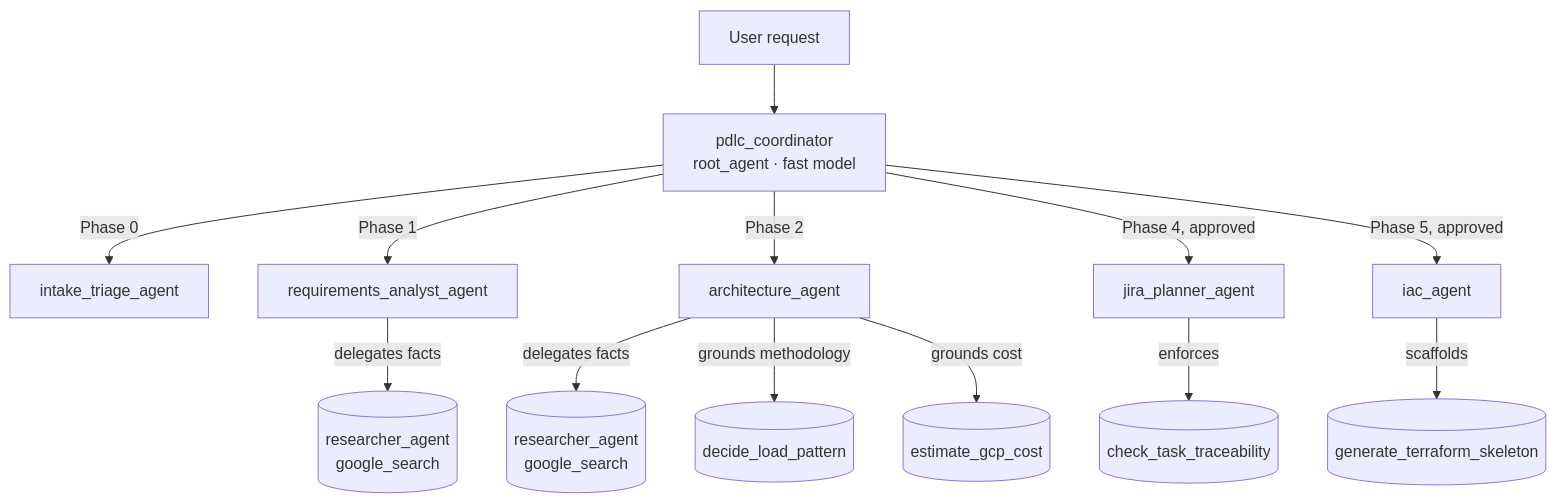
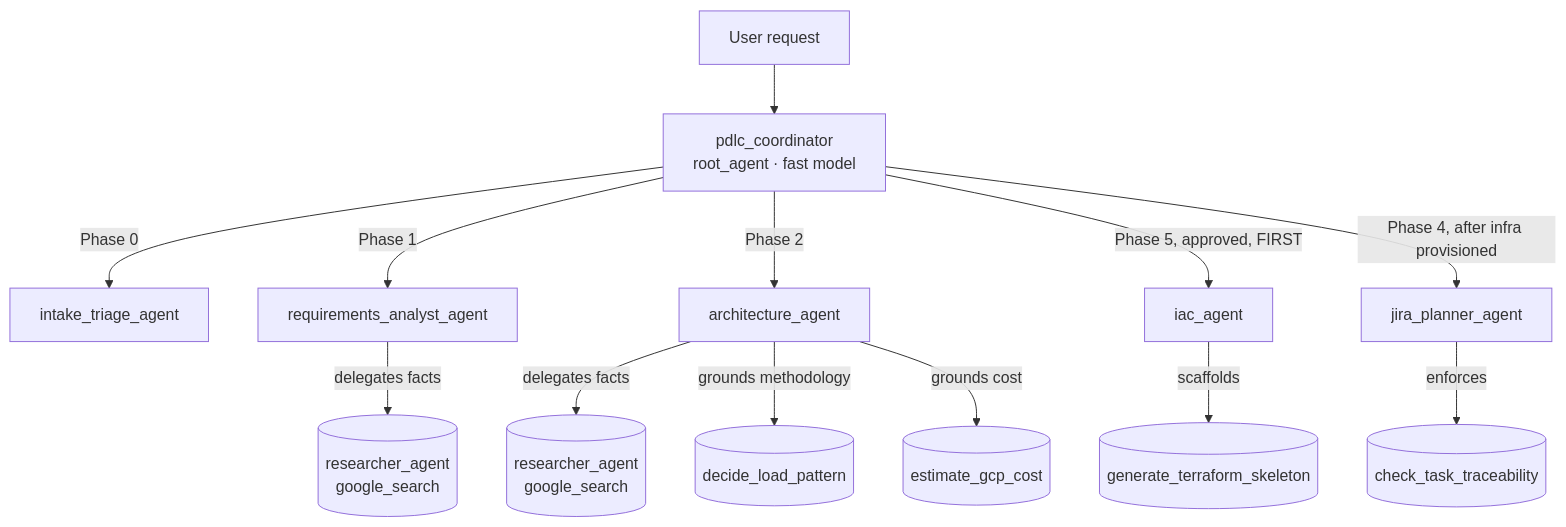
Before and after one commit to ozearkhan/gemini-hackathon: the diagram in README.md, drawn with Mermaid. The commit also changed 4 other files, not shown here.

First line of the commit message:
Reorder Phase 4/5: IaC provisioning now runs before JIRA breakdown

````diff
--- a/README.md
+++ b/README.md
@@ -17,15 +17,15 @@
 ```mermaid
 flowchart TB
     U[User request] --> C[pdlc_coordinator<br/>root_agent · fast model]
     C -->|Phase 0| T[intake_triage_agent]
     C -->|Phase 1| R[requirements_analyst_agent]
     C -->|Phase 2| A[architecture_agent]
-    C -->|Phase 4, approved| J[jira_planner_agent]
-    C -->|Phase 5, approved| I[iac_agent]
+    C -->|Phase 5, approved, FIRST| I[iac_agent]
+    C -->|Phase 4, after infra provisioned| J[jira_planner_agent]
     R -->|delegates facts| RR[(researcher_agent<br/>google_search)]
     A -->|delegates facts| AR[(researcher_agent<br/>google_search)]
     A -->|grounds methodology| L[(decide_load_pattern)]
     A -->|grounds cost| E[(estimate_gcp_cost)]
+    I -->|scaffolds| G[(generate_terraform_skeleton)]
     J -->|enforces| TR[(check_task_traceability)]
-    I -->|scaffolds| G[(generate_terraform_skeleton)]
 ```
````
